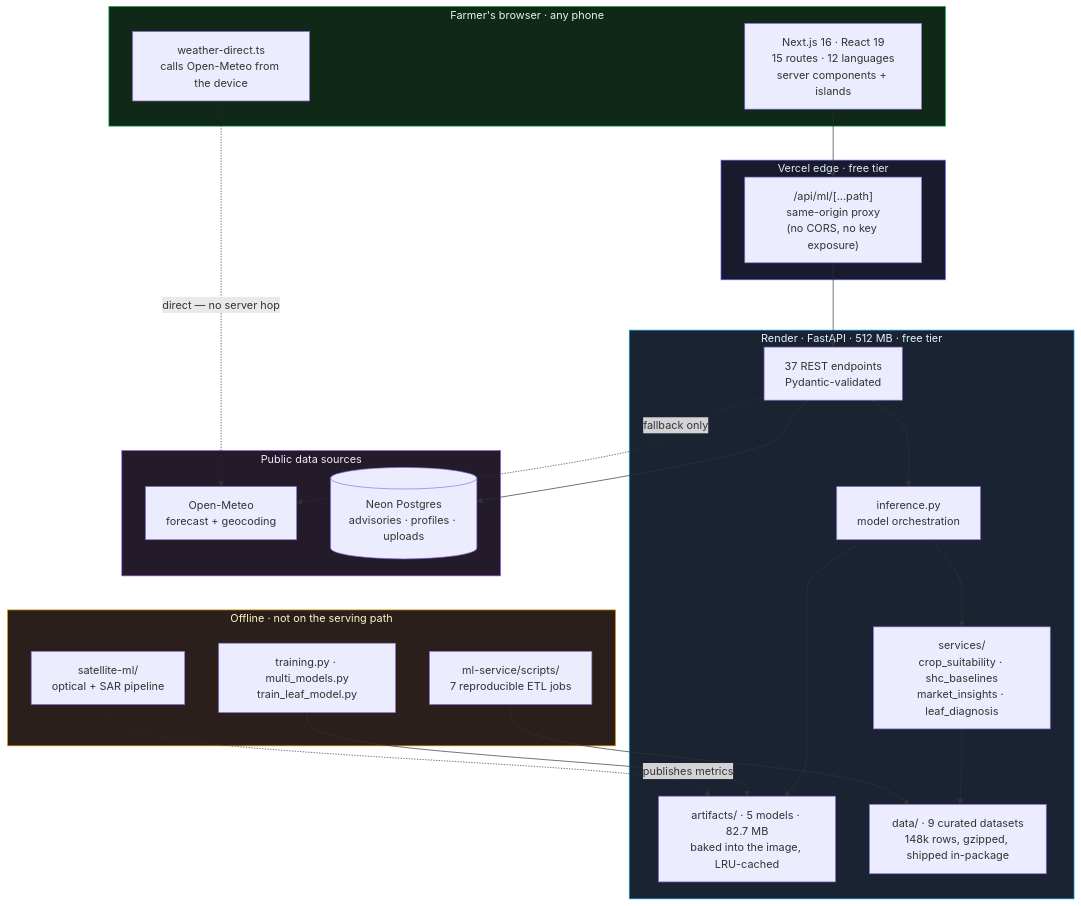
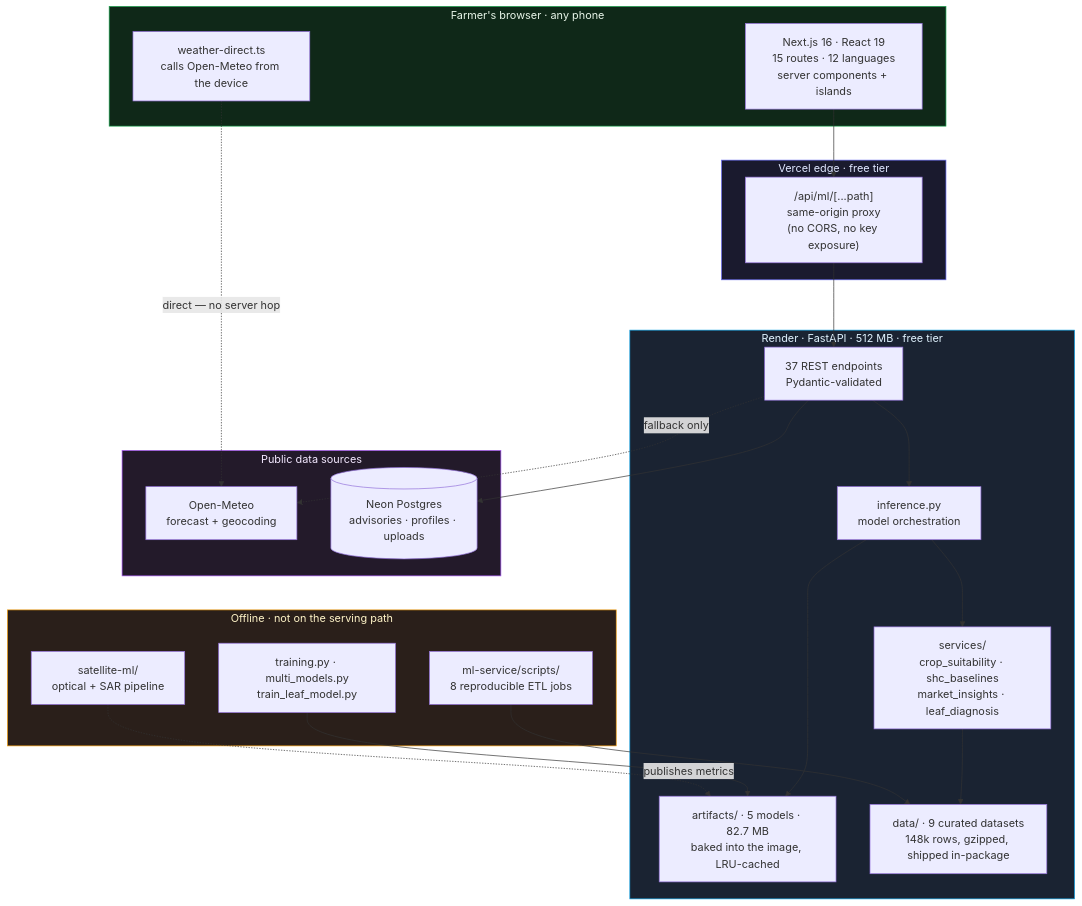
Before and after one commit to adarshcod30/KrishiMitra: the first of 5 diagrams in README.md, drawn with Mermaid. The commit also changed other lines of this file, not shown here.

First line of the commit message:
Fix the unrenderable sequence diagram and three wrong numbers

````diff
--- a/README.md
+++ b/README.md
@@ -146,46 +146,46 @@
 ```mermaid
 flowchart TB
     subgraph client["Farmer's browser · any phone"]
         UI["Next.js 16 · React 19<br/>15 routes · 12 languages<br/>server components + islands"]
         WD["weather-direct.ts<br/>calls Open-Meteo from the device"]
     end
 
     subgraph edge["Vercel edge · free tier"]
         PROXY["/api/ml/[...path]<br/>same-origin proxy<br/>(no CORS, no key exposure)"]
     end
 
     subgraph api["Render · FastAPI · 512 MB · free tier"]
         ROUTES["37 REST endpoints<br/>Pydantic-validated"]
         INFER["inference.py<br/>model orchestration"]
         SVC["services/<br/>crop_suitability · shc_baselines<br/>market_insights · leaf_diagnosis"]
         ART["artifacts/ · 5 models · 82.7 MB<br/>baked into the image, LRU-cached"]
         DATA["data/ · 9 curated datasets<br/>148k rows, gzipped, shipped in-package"]
     end
 
     subgraph ext["Public data sources"]
         OM["Open-Meteo<br/>forecast + geocoding"]
         NEON[("Neon Postgres<br/>advisories · profiles · uploads")]
     end
 
     subgraph offline["Offline · not on the serving path"]
-        ETL["ml-service/scripts/<br/>7 reproducible ETL jobs"]
+        ETL["ml-service/scripts/<br/>8 reproducible ETL jobs"]
         TRAIN["training.py · multi_models.py<br/>train_leaf_model.py"]
         SAT["satellite-ml/<br/>optical + SAR pipeline"]
     end
 
     UI --> PROXY --> ROUTES --> INFER
     INFER --> SVC --> DATA
     INFER --> ART
     ROUTES --> NEON
     WD -."direct — no server hop".-> OM
     ROUTES -.fallback only.-> OM
     ETL --> DATA
     TRAIN --> ART
     SAT -.publishes metrics.-> ART
 
     style client fill:#0f2818,stroke:#16a34a,color:#e8f5e9
     style edge fill:#1a1a2e,stroke:#6366f1,color:#e0e7ff
     style api fill:#1a2332,stroke:#0ea5e9,color:#e0f2fe
     style offline fill:#2a1f1a,stroke:#f59e0b,color:#fef3c7
     style ext fill:#231a2a,stroke:#a855f7,color:#f3e8ff
 ```
````
